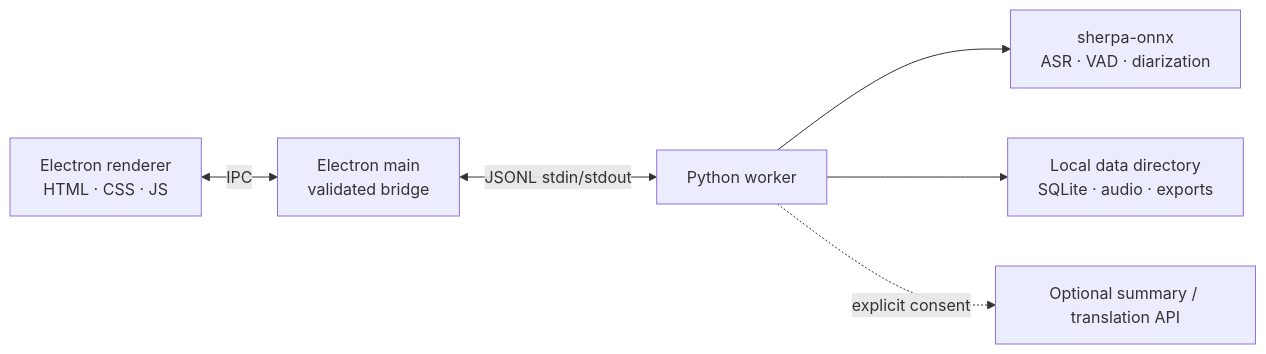
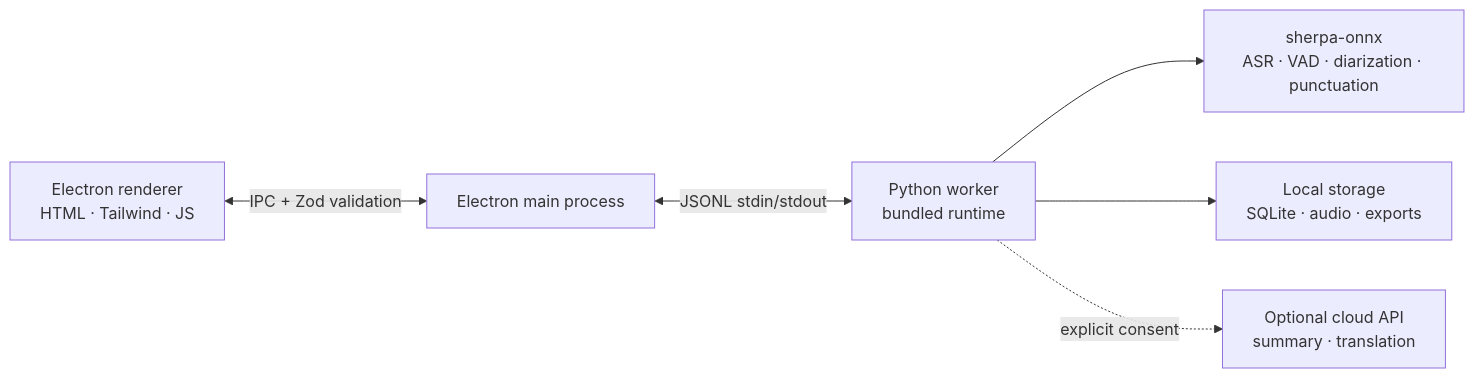
The diagram in README.md (zerolovesea/Brevia), drawn with Mermaid before and after one commit. The commit also changed other lines of this file and 7 other files, not shown here.

````diff
--- a/README.md
+++ b/README.md
@@ -28,8 +55,8 @@
 ```mermaid
 flowchart LR
-  A[Electron renderer<br/>HTML · CSS · JS] <-->|IPC| B[Electron main<br/>validated bridge]
-  B <-->|JSONL stdin/stdout| C[Python worker]
-  C --> D[sherpa-onnx<br/>ASR · VAD · diarization]
-  C --> E[Local data directory<br/>SQLite · audio · exports]
-  C -. explicit consent .-> F[Optional summary / translation API]
+  A[Electron renderer<br/>HTML · Tailwind · JS] <-->|IPC + Zod validation| B[Electron main process]
+  B <-->|JSONL stdin/stdout| C[Python worker<br/>bundled runtime]
+  C --> D[sherpa-onnx<br/>ASR · VAD · diarization · punctuation]
+  C --> E[Local storage<br/>SQLite · audio · exports]
+  C -. explicit consent .-> F[Optional cloud API<br/>summary · translation]
 ```
````
